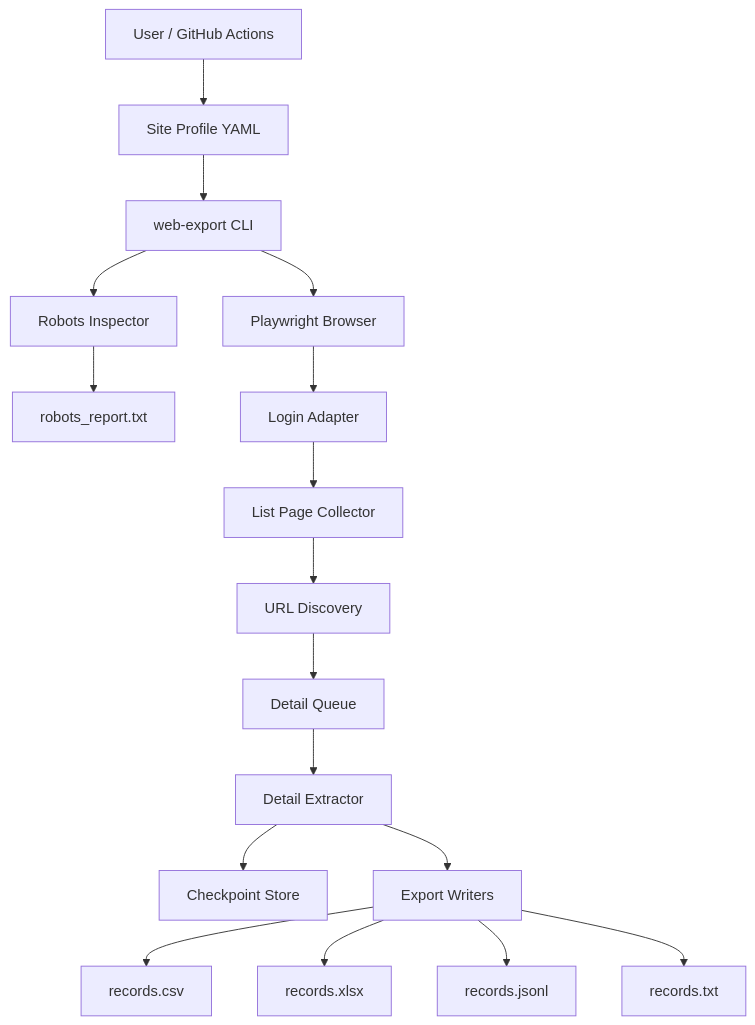
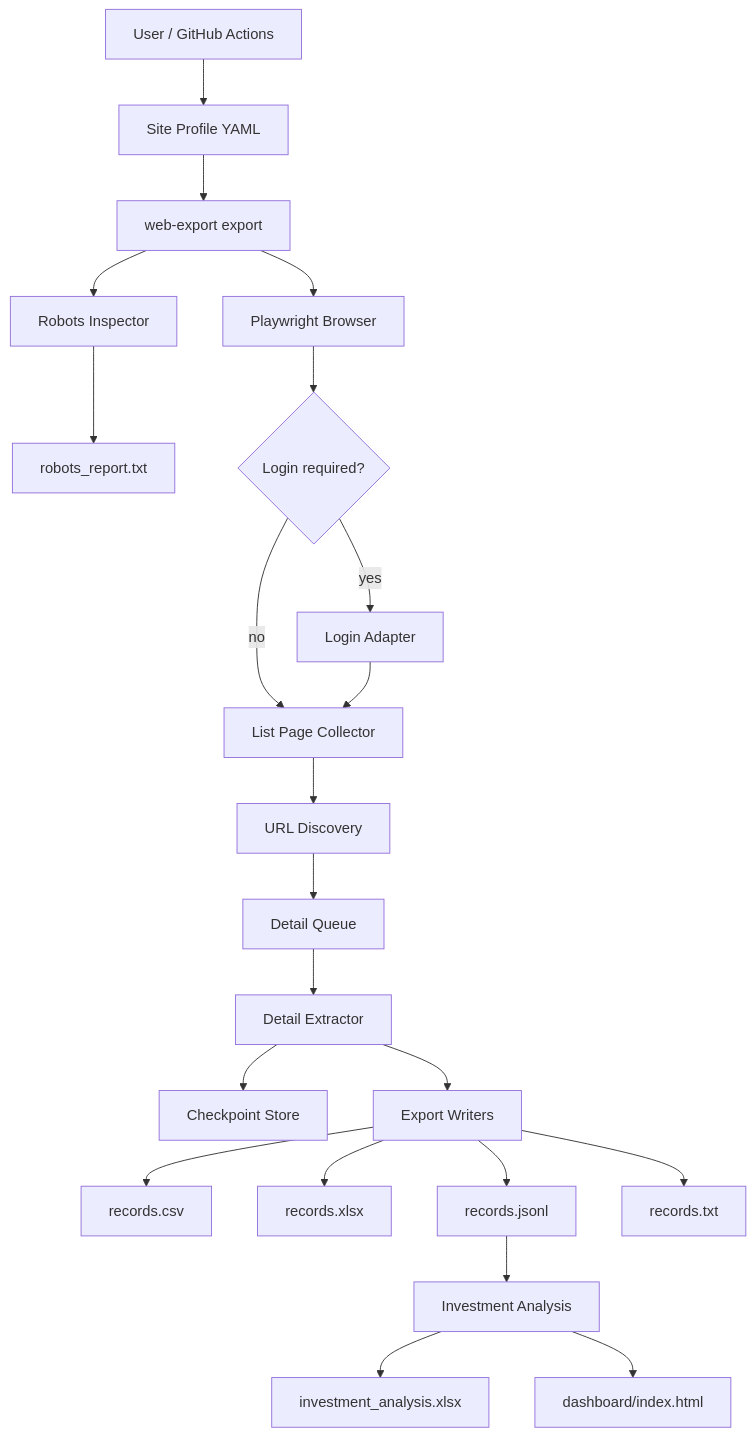
One commit to univcorp2-ctrl/authorized-web-data-exporter changed the first of 2 diagrams in docs/architecture.md. Above: the diagram before and after it, drawn with Mermaid. The commit also changed other lines of this file, not shown here.

Commit message:
Document nationwide batch collection architecture and validate source profiles

````diff
--- a/docs/architecture.md
+++ b/docs/architecture.md
@@ -7,19 +7,24 @@
 ```mermaid
 flowchart TD
     U[User / GitHub Actions] --> P[Site Profile YAML]
-    P --> CLI[web-export CLI]
+    P --> CLI[web-export export]
     CLI --> ROB[Robots Inspector]
     ROB --> REP[robots_report.txt]
     CLI --> B[Playwright Browser]
-    B --> L[Login Adapter]
-    L --> S[List Page Collector]
+    B --> L{Login required?}
+    L -->|yes| LOGIN[Login Adapter]
+    L -->|no| S[List Page Collector]
+    LOGIN --> S
     S --> D[URL Discovery]
     D --> Q[Detail Queue]
     Q --> E[Detail Extractor]
     E --> C[Checkpoint Store]
     E --> W[Export Writers]
     W --> CSV[records.csv]
     W --> XLSX[records.xlsx]
     W --> JSONL[records.jsonl]
     W --> TXT[records.txt]
+    JSONL --> IA[Investment Analysis]
+    IA --> IX[investment_analysis.xlsx]
+    IA --> DASH[dashboard/index.html]
 ```
````
